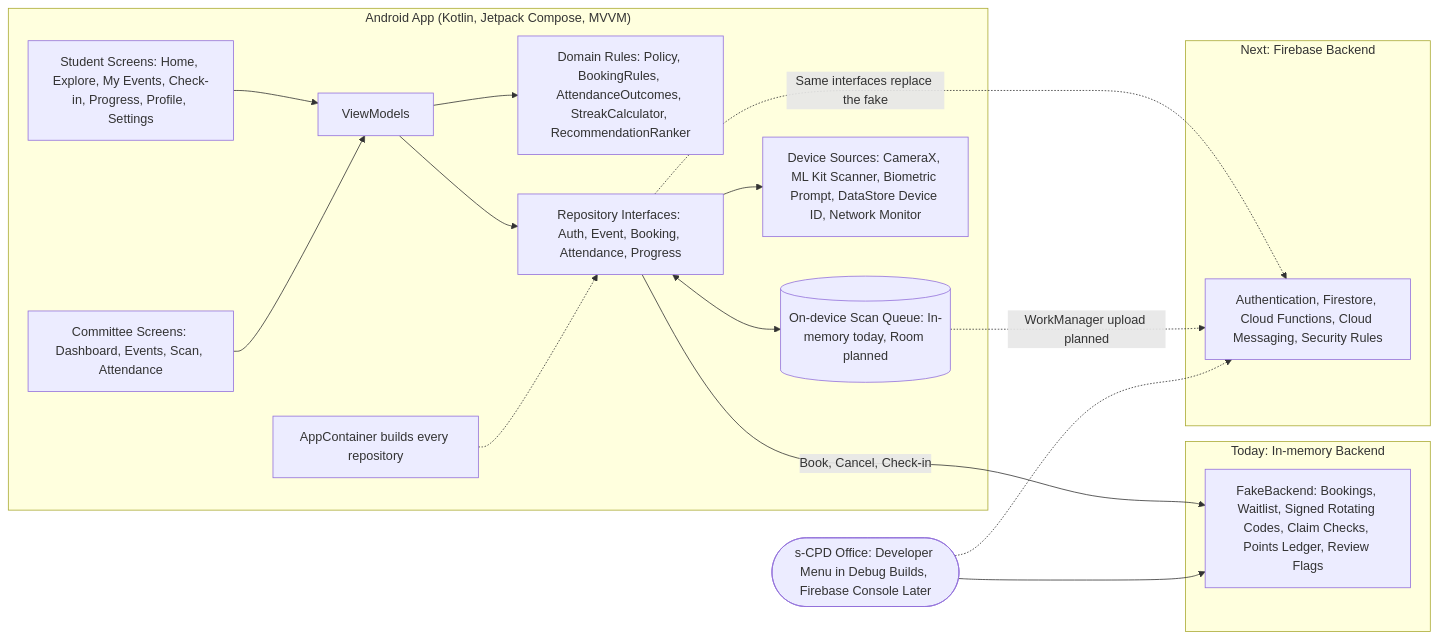
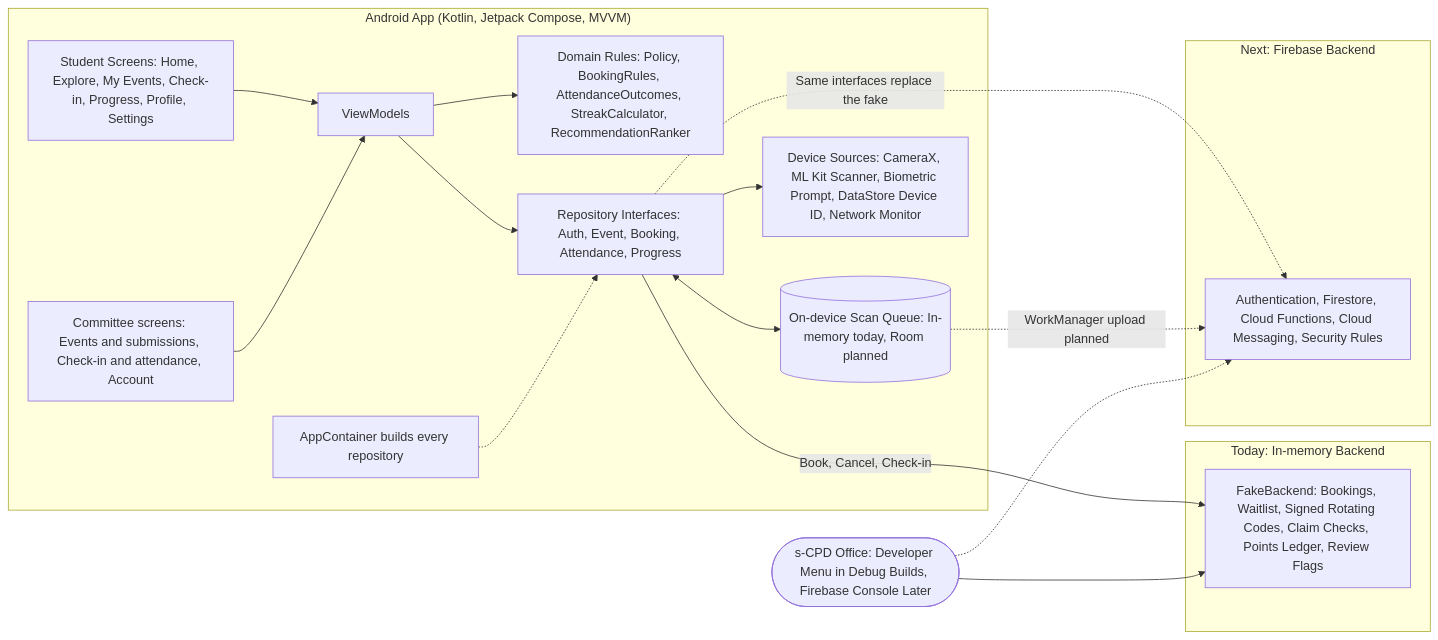
The first of 2 diagrams in docs/part2/6-changes-since-part1.md (k31k1w0n9/Group-M-sCPD-Tracker), drawn with Mermaid before and after one commit. The commit also changed other lines of this file and 17 other files, not shown here.

````diff
--- a/docs/part2/6-changes-since-part1.md
+++ b/docs/part2/6-changes-since-part1.md
@@ -49,37 +51,37 @@
 ```mermaid
 flowchart LR
   subgraph Device["Android App (Kotlin, Jetpack Compose, MVVM)"]
     UIS["Student Screens: Home, Explore, My Events, Check-in, Progress, Profile, Settings"]
-    UIC["Committee Screens: Dashboard, Events, Scan, Attendance"]
+    UIC["Committee screens: Events and submissions, Check-in and attendance, Account"]
     VM["ViewModels"]
     Dom["Domain Rules: Policy, BookingRules, AttendanceOutcomes, StreakCalculator, RecommendationRanker"]
     Repo["Repository Interfaces: Auth, Event, Booking, Attendance, Progress"]
     Queue[("On-device Scan Queue: In-memory today, Room planned")]
     Sys["Device Sources: CameraX, ML Kit Scanner, Biometric Prompt, DataStore Device ID, Network Monitor"]
     DI["AppContainer builds every repository"]
 
     UIS --> VM
     UIC --> VM
     VM --> Dom
     VM --> Repo
     Repo <--> Queue
     Repo --> Sys
     DI -.-> Repo
   end
 
   subgraph Today["Today: In-memory Backend"]
     Fake["FakeBackend: Bookings, Waitlist, Signed Rotating Codes, Claim Checks, Points Ledger, Review Flags"]
   end
 
   subgraph Later["Next: Firebase Backend"]
     FB["Authentication, Firestore, Cloud Functions, Cloud Messaging, Security Rules"]
   end
 
   Office(["s-CPD Office: Developer Menu in Debug Builds, Firebase Console Later"])
 
   Repo -->|Book, Cancel, Check-in| Fake
   Repo -.->|Same interfaces replace the fake| FB
   Queue -.->|WorkManager upload planned| FB
   Office --> Fake
   Office -.-> FB
 ```
````
